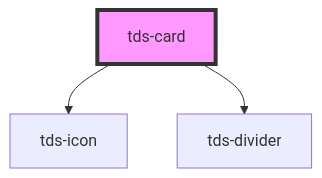
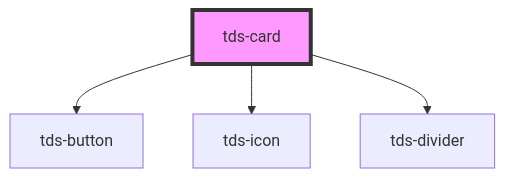
One commit to scania-digital-design-system/tegel changed the diagram in packages/core/src/components/card/readme.md. Above: the diagram before and after it, drawn with Mermaid. The commit also changed other lines of this file and 2 other files, not shown here.

Commit message:
docs(button, card, icon): updated docs

````diff
--- a/packages/core/src/components/card/readme.md
+++ b/packages/core/src/components/card/readme.md
@@ -53,6 +54,7 @@
 ```mermaid
 graph TD;
+  tds-card --> tds-button
   tds-card --> tds-icon
   tds-card --> tds-divider
   style tds-card fill:#f9f,stroke:#333,stroke-width:4px
 ```
````
